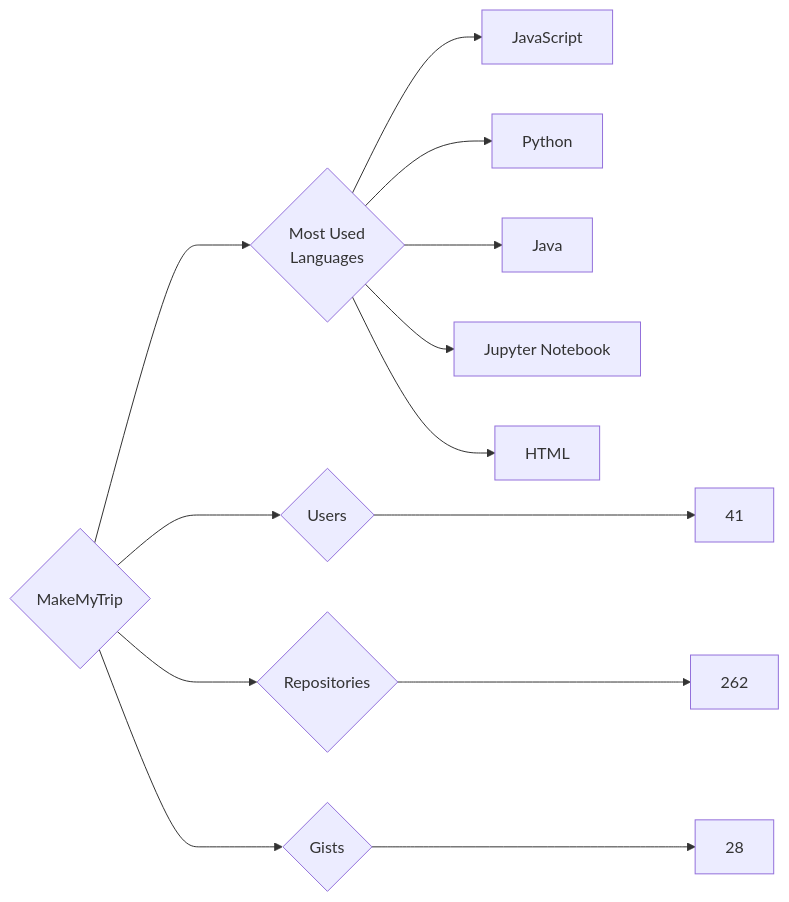
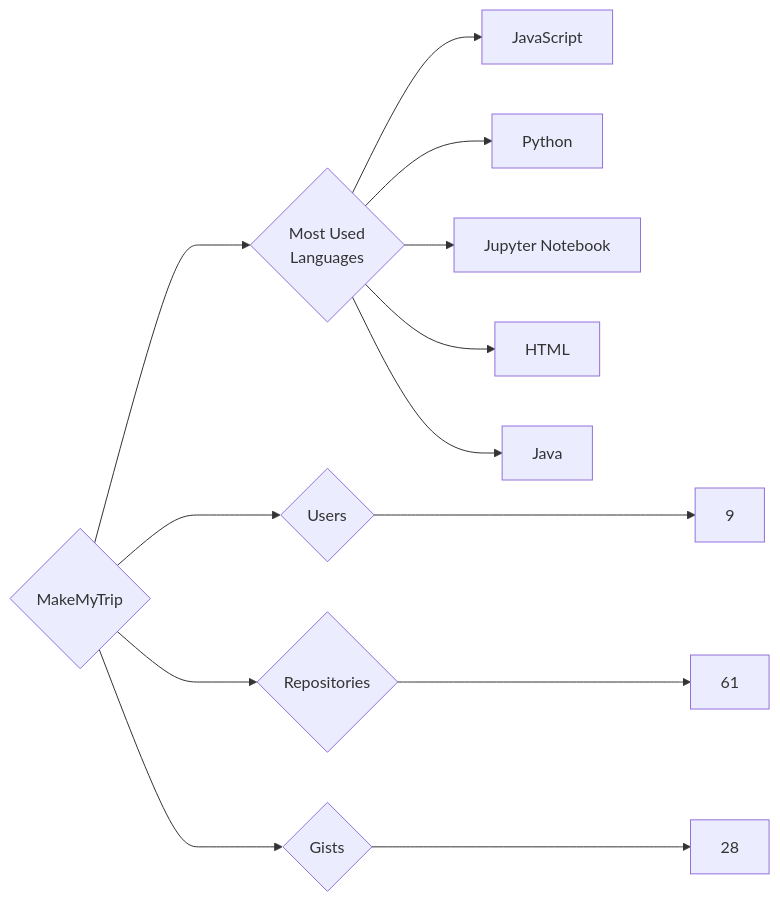
The diagram in targets/MakeMyTrip/README.md (trickest/insiders), drawn with Mermaid before and after one commit. The commit also changed 826 other files, not shown here.

````diff
--- a/targets/MakeMyTrip/README.md
+++ b/targets/MakeMyTrip/README.md
@@ -3,13 +3,13 @@
 ```mermaid
 graph LR
 COMPANY_NAME{MakeMyTrip}
-COMPANY_NAME ---> U{Users} ---> UN[41]
-COMPANY_NAME ---> R{Repositories} ---> RN[262]
+COMPANY_NAME ---> U{Users} ---> UN[9]
+COMPANY_NAME ---> R{Repositories} ---> RN[61]
 COMPANY_NAME ---> G{Gists} ---> GN[28]
 COMPANY_NAME ---> ML{Most Used<br>Languages}
 ML --> JavaScript[JavaScript]
 ML --> Python[Python]
-ML --> Java[Java]
 ML --> Jupyter_Notebook[Jupyter Notebook]
 ML --> HTML[HTML]
+ML --> Java[Java]
 ```
````
